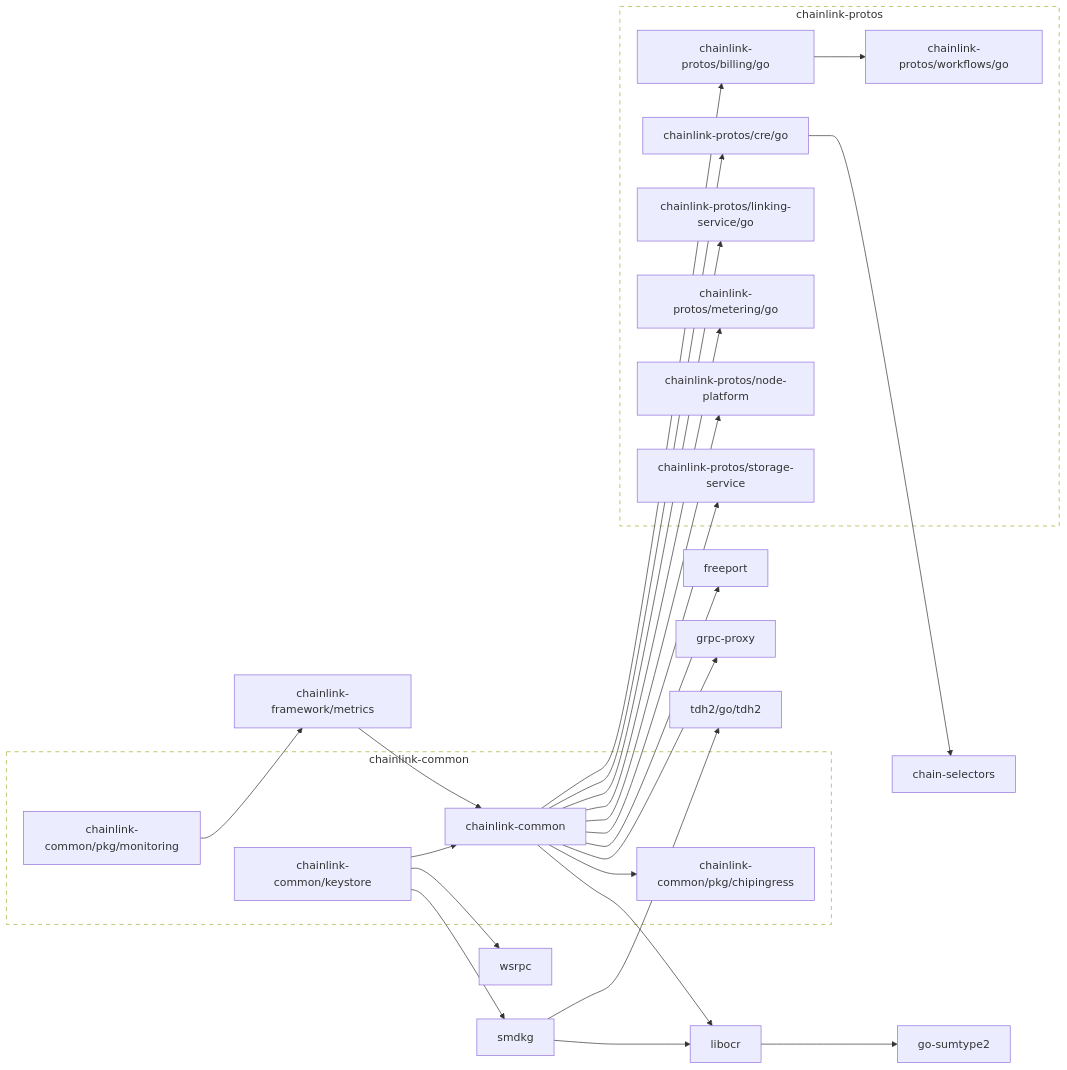
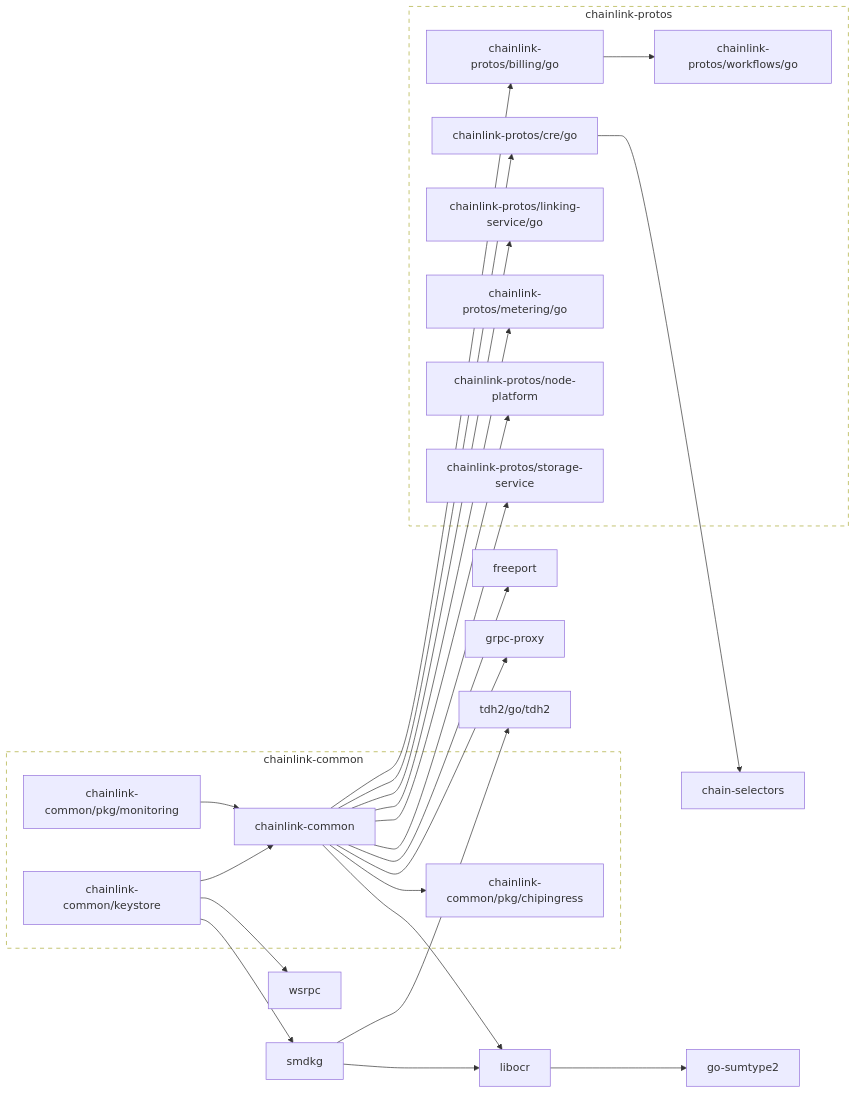
The diagram in go.md (smartcontractkit/chainlink-common), drawn with Mermaid before and after one commit.

Commit message:
run generate

````diff
--- a/go.md
+++ b/go.md
@@ -2,78 +2,76 @@
 ```mermaid
 flowchart LR
 
 	chain-selectors
 	click chain-selectors href "https://github.com/smartcontractkit/chain-selectors"
 	chainlink-common --> chainlink-common/pkg/chipingress
 	chainlink-common --> chainlink-protos/billing/go
 	chainlink-common --> chainlink-protos/cre/go
 	chainlink-common --> chainlink-protos/linking-service/go
 	chainlink-common --> chainlink-protos/metering/go
 	chainlink-common --> chainlink-protos/node-platform
 	chainlink-common --> chainlink-protos/storage-service
 	chainlink-common --> freeport
 	chainlink-common --> grpc-proxy
 	chainlink-common --> libocr
 	click chainlink-common href "https://github.com/smartcontractkit/chainlink-common"
 	chainlink-common/keystore --> chainlink-common
 	chainlink-common/keystore --> smdkg
 	chainlink-common/keystore --> wsrpc
 	click chainlink-common/keystore href "https://github.com/smartcontractkit/chainlink-common"
 	chainlink-common/pkg/chipingress
 	click chainlink-common/pkg/chipingress href "https://github.com/smartcontractkit/chainlink-common"
-	chainlink-common/pkg/monitoring --> chainlink-framework/metrics
+	chainlink-common/pkg/monitoring --> chainlink-common
 	click chainlink-common/pkg/monitoring href "https://github.com/smartcontractkit/chainlink-common"
-	chainlink-framework/metrics --> chainlink-common
-	click chainlink-framework/metrics href "https://github.com/smartcontractkit/chainlink-framework"
 	chainlink-protos/billing/go --> chainlink-protos/workflows/go
 	click chainlink-protos/billing/go href "https://github.com/smartcontractkit/chainlink-protos"
 	chainlink-protos/cre/go --> chain-selectors
 	click chainlink-protos/cre/go href "https://github.com/smartcontractkit/chainlink-protos"
 	chainlink-protos/linking-service/go
 	click chainlink-protos/linking-service/go href "https://github.com/smartcontractkit/chainlink-protos"
 	chainlink-protos/metering/go
 	click chainlink-protos/metering/go href "https://github.com/smartcontractkit/chainlink-protos"
 	chainlink-protos/node-platform
 	click chainlink-protos/node-platform href "https://github.com/smartcontractkit/chainlink-protos"
 	chainlink-protos/storage-service
 	click chainlink-protos/storage-service href "https://github.com/smartcontractkit/chainlink-protos"
 	chainlink-protos/workflows/go
 	click chainlink-protos/workflows/go href "https://github.com/smartcontractkit/chainlink-protos"
 	freeport
 	click freeport href "https://github.com/smartcontractkit/freeport"
 	go-sumtype2
 	click go-sumtype2 href "https://github.com/smartcontractkit/go-sumtype2"
 	grpc-proxy
 	click grpc-proxy href "https://github.com/smartcontractkit/grpc-proxy"
 	libocr --> go-sumtype2
 	click libocr href "https://github.com/smartcontractkit/libocr"
 	smdkg --> libocr
 	smdkg --> tdh2/go/tdh2
 	click smdkg href "https://github.com/smartcontractkit/smdkg"
 	tdh2/go/tdh2
 	click tdh2/go/tdh2 href "https://github.com/smartcontractkit/tdh2"
 	wsrpc
 	click wsrpc href "https://github.com/smartcontractkit/wsrpc"
 
 	subgraph chainlink-common-repo[chainlink-common]
 		 chainlink-common
 		 chainlink-common/keystore
 		 chainlink-common/pkg/chipingress
 		 chainlink-common/pkg/monitoring
 	end
 	click chainlink-common-repo href "https://github.com/smartcontractkit/chainlink-common"
 
 	subgraph chainlink-protos-repo[chainlink-protos]
 		 chainlink-protos/billing/go
 		 chainlink-protos/cre/go
 		 chainlink-protos/linking-service/go
 		 chainlink-protos/metering/go
 		 chainlink-protos/node-platform
 		 chainlink-protos/storage-service
 		 chainlink-protos/workflows/go
 	end
 	click chainlink-protos-repo href "https://github.com/smartcontractkit/chainlink-protos"
 
 	classDef outline stroke-dasharray:6,fill:none;
 	class chainlink-common-repo,chainlink-protos-repo outline
 ```
````
